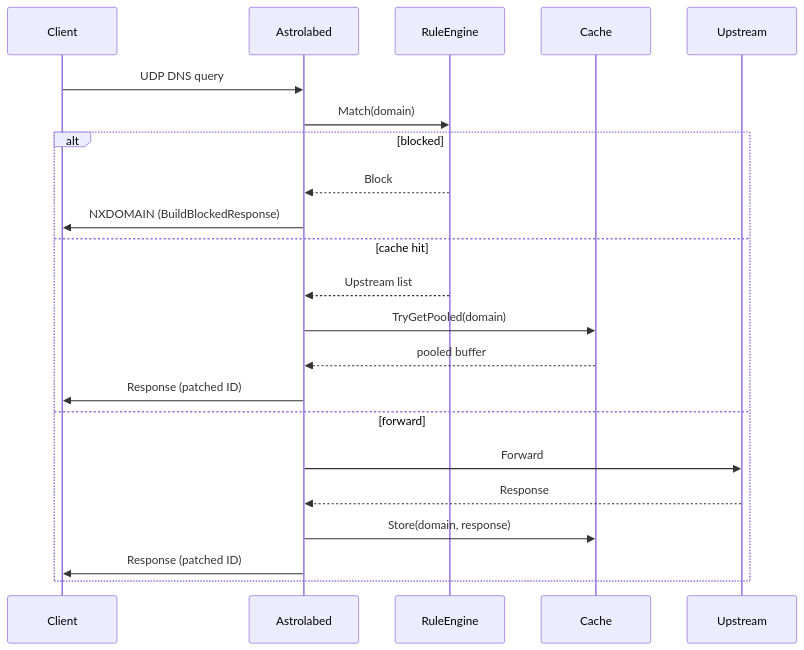
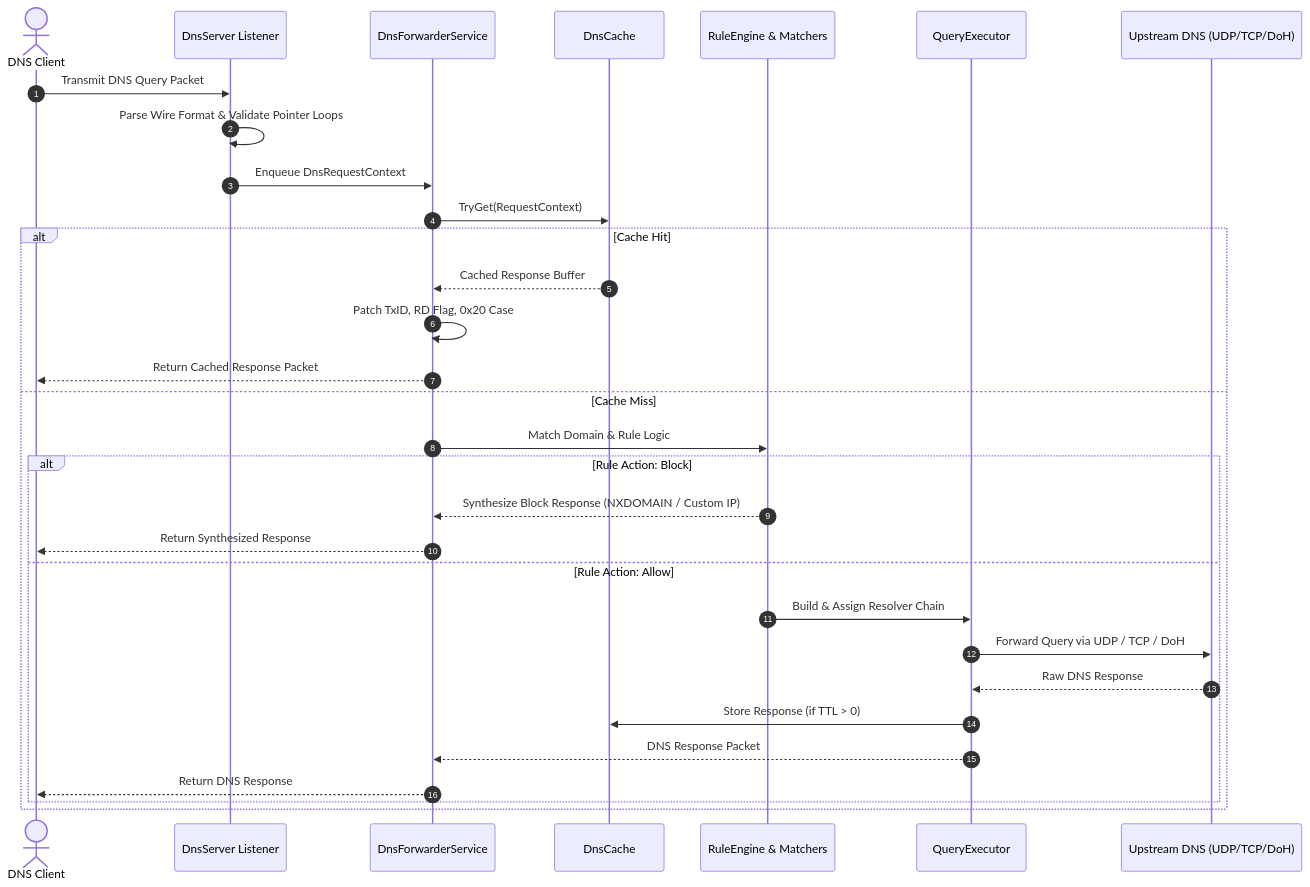
The second of 4 diagrams in docs/architecture.md (guidcruncher/astrolabed), drawn with Mermaid before and after one commit. The commit also changed other lines of this file, not shown here.

````diff
--- a/docs/architecture.md
+++ b/docs/architecture.md
@@ -27,25 +94,35 @@
 ```mermaid
 sequenceDiagram
-  participant C as Client
-  participant D as Astrolabed
-  participant R as RuleEngine
-  participant Cg as Cache
-  participant U as Upstream
+    autonumber
+    actor Client as DNS Client
+    participant Listener as DnsServer Listener
+    participant Forwarder as DnsForwarderService
+    participant Cache as DnsCache
+    participant Engine as RuleEngine & Matchers
+    participant Executor as QueryExecutor
+    participant Upstream as Upstream DNS (UDP/TCP/DoH)
 
-  C->>D: UDP DNS query
-  D->>R: Match(domain)
-  alt blocked
-    R-->>D: Block
-    D->>C: NXDOMAIN (BuildBlockedResponse)
-  else cache hit
-    R-->>D: Upstream list
-    D->>Cg: TryGetPooled(domain)
-    Cg-->>D: pooled buffer
-    D->>C: Response (patched ID)
-  else forward
-    D->>U: Forward
-    U-->>D: Response
-    D->>Cg: Store(domain, response)
-    D->>C: Response (patched ID)
-  end
+    Client->>Listener: Transmit DNS Query Packet
+    Listener->>Listener: Parse Wire Format & Validate Pointer Loops
+    Listener->>Forwarder: Enqueue DnsRequestContext
+    
+    Forwarder->>Cache: TryGet(RequestContext)
+    alt Cache Hit
+        Cache-->>Forwarder: Cached Response Buffer
+        Forwarder->>Forwarder: Patch TxID, RD Flag, 0x20 Case
+        Forwarder-->>Client: Return Cached Response Packet
+    else Cache Miss
+        Forwarder->>Engine: Match Domain & Rule Logic
+        alt Rule Action: Block
+            Engine-->>Forwarder: Synthesize Block Response (NXDOMAIN / Custom IP)
+            Forwarder-->>Client: Return Synthesized Response
+        else Rule Action: Allow
+            Engine->>Executor: Build & Assign Resolver Chain
+            Executor->>Upstream: Forward Query via UDP / TCP / DoH
+            Upstream-->>Executor: Raw DNS Response
+            Executor->>Cache: Store Response (if TTL > 0)
+            Executor-->>Forwarder: DNS Response Packet
+            Forwarder-->>Client: Return DNS Response
+        end
+    end
 ```
````
